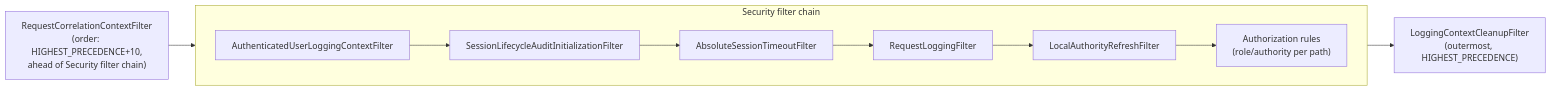
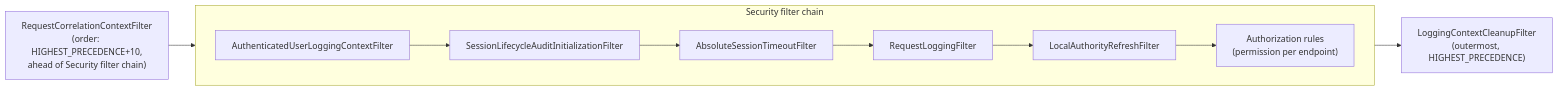
The fourth of 4 diagrams in docs/system-design/05-building-block-view.md (justin-tay/java-app-web-api-server-template), drawn with Mermaid before and after one commit. The commit also changed other lines of this file and 29 other files, not shown here.

Commit message:
docs: describe the user, role, permission model and the privileged account review

````diff
--- a/docs/system-design/05-building-block-view.md
+++ b/docs/system-design/05-building-block-view.md
@@ -244,13 +250,13 @@
 ```mermaid
 flowchart LR
     RequestCorrelation["RequestCorrelationContextFilter\n(order: HIGHEST_PRECEDENCE+10,\nahead of Security filter chain)"] --> SecurityChain
     subgraph SecurityChain ["Security filter chain"]
         direction LR
         AuthLogging["AuthenticatedUserLoggingContextFilter"] --> AuditInit["SessionLifecycleAuditInitializationFilter"]
         AuditInit --> AbsTimeout["AbsoluteSessionTimeoutFilter"]
         AbsTimeout --> ReqLogging["RequestLoggingFilter"]
         ReqLogging --> AuthorityRefresh["LocalAuthorityRefreshFilter"]
-        AuthorityRefresh --> AuthZ["Authorization rules\n(role/authority per path)"]
+        AuthorityRefresh --> AuthZ["Authorization rules\n(permission per endpoint)"]
     end
     SecurityChain --> Cleanup["LoggingContextCleanupFilter\n(outermost, HIGHEST_PRECEDENCE)"]
 ```
````
